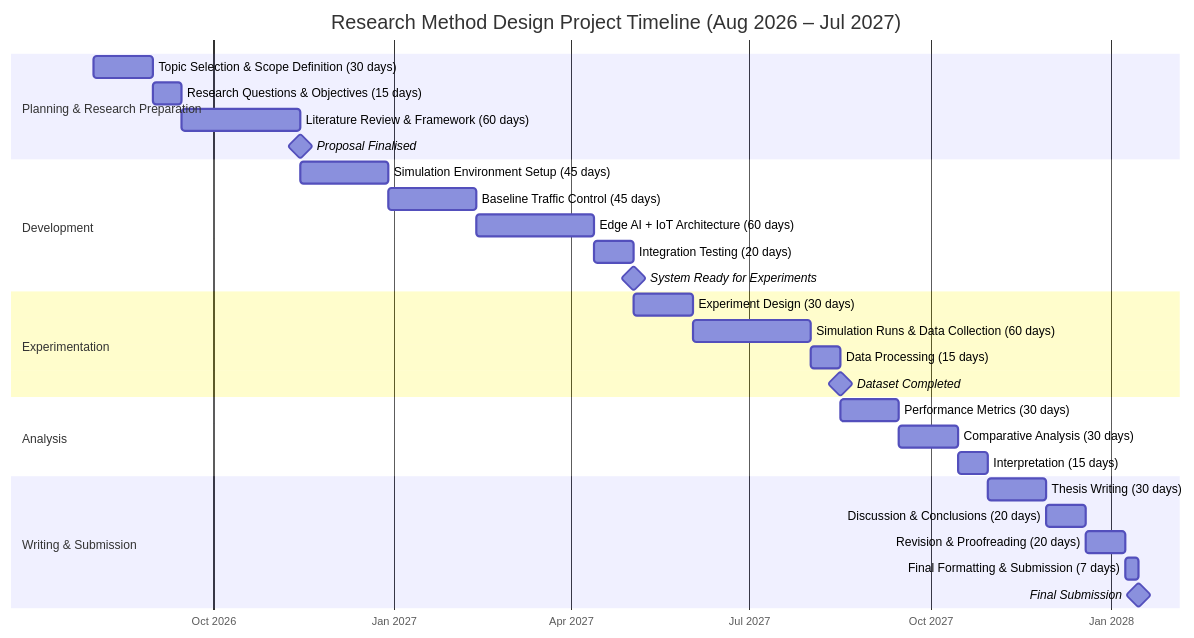
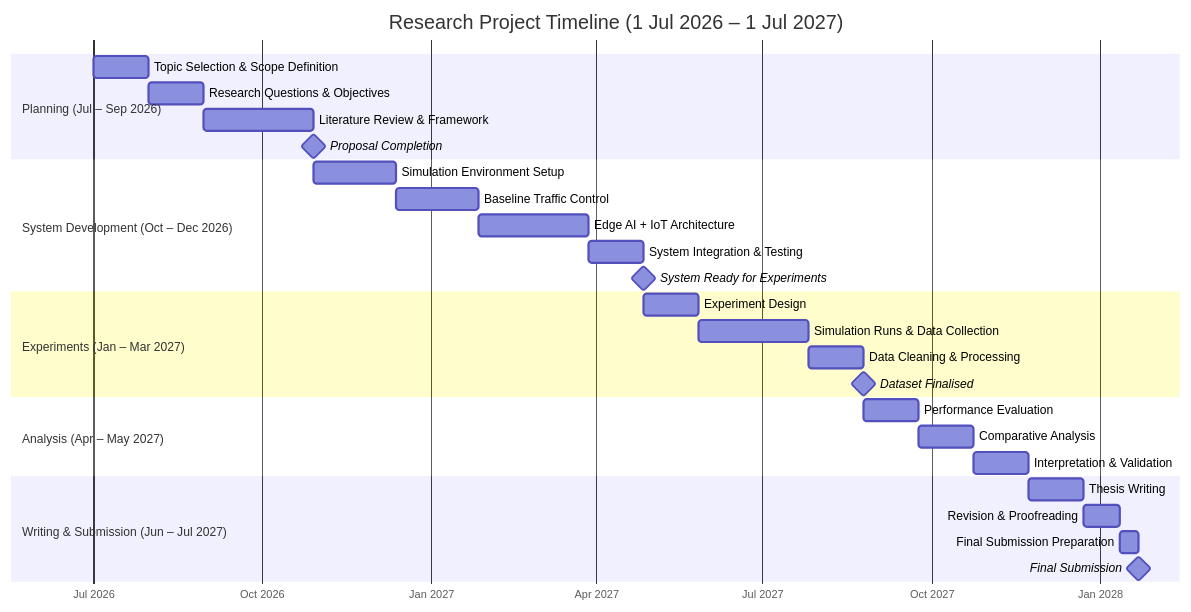
Before and after one commit to rosisneupane/Gantt_Chart_For_Final: the diagram in README.md, drawn with Mermaid.

````diff
--- a/README.md
+++ b/README.md
@@ -1,46 +1,41 @@
 ```mermaid
 gantt
-    title Research Method Design Project Timeline (Aug 2026 – Jul 2027)
+    title Research Project Timeline (1 Jul 2026 – 1 Jul 2027)
     dateFormat YYYY-MM-DD
     axisFormat %b %Y
 
-    section Planning & Research Preparation
+    section Planning (Jul – Sep 2026)
 
-    Topic Selection & Scope Definition (30 days) :p1, 2026-08-01, 30d
-    Research Questions & Objectives (15 days)    :p2, after p1, 15d
-    Literature Review & Framework (60 days)      :p3, after p2, 60d
+    Topic Selection & Scope Definition   :p1, 2026-07-01, 30d
+    Research Questions & Objectives      :p2, after p1, 30d
+    Literature Review & Framework        :p3, after p2, 60d
+    Proposal Completion                  :milestone, m1, after p3, 0d
 
-    Proposal Finalised                           :milestone, m1, after p3, 0d
+    section System Development (Oct – Dec 2026)
 
-    section Development
+    Simulation Environment Setup         :p4, after m1, 45d
+    Baseline Traffic Control             :p5, after p4, 45d
+    Edge AI + IoT Architecture           :p6, after p5, 60d
+    System Integration & Testing         :p7, after p6, 30d
+    System Ready for Experiments         :milestone, m2, after p7, 0d
 
-    Simulation Environment Setup (45 days)       :p4, after m1, 45d
-    Baseline Traffic Control (45 days)           :p5, after p4, 45d
-    Edge AI + IoT Architecture (60 days)        :p6, after p5, 60d
-    Integration Testing (20 days)                :p7, after p6, 20d
+    section Experiments (Jan – Mar 2027)
 
-    System Ready for Experiments                :milestone, m2, after p7, 0d
+    Experiment Design                    :p8, after m2, 30d
+    Simulation Runs & Data Collection    :p9, after p8, 60d
+    Data Cleaning & Processing           :p10, after p9, 30d
+    Dataset Finalised                    :milestone, m3, after p10, 0d
 
-    section Experimentation
+    section Analysis (Apr – May 2027)
 
-    Experiment Design (30 days)                 :p8, after m2, 30d
-    Simulation Runs & Data Collection (60 days) :p9, after p8, 60d
-    Data Processing (15 days)                   :p10, after p9, 15d
+    Performance Evaluation               :p11, after m3, 30d
+    Comparative Analysis                 :p12, after p11, 30d
+    Interpretation & Validation          :p13, after p12, 30d
 
-    Dataset Completed                           :milestone, m3, after p10, 0d
+    section Writing & Submission (Jun – Jul 2027)
 
-    section Analysis
-
-    Performance Metrics (30 days)              :p11, after m3, 30d
-    Comparative Analysis (30 days)             :p12, after p11, 30d
-    Interpretation (15 days)                   :p13, after p12, 15d
-
-    section Writing & Submission
-
-    Thesis Writing (30 days)                   :p14, after p13, 30d
-    Discussion & Conclusions (20 days)         :p15, after p14, 20d
-    Revision & Proofreading (20 days)          :p16, after p15, 20d
-    Final Formatting & Submission (7 days)     :p17, after p16, 7d
-
-    Final Submission                           :milestone, final, after p17, 0d
+    Thesis Writing                       :p14, after p13, 30d
+    Revision & Proofreading              :p15, after p14, 20d
+    Final Submission Preparation         :p16, after p15, 10d
+    Final Submission                    :milestone, final, after p16, 0d
 ```
````
